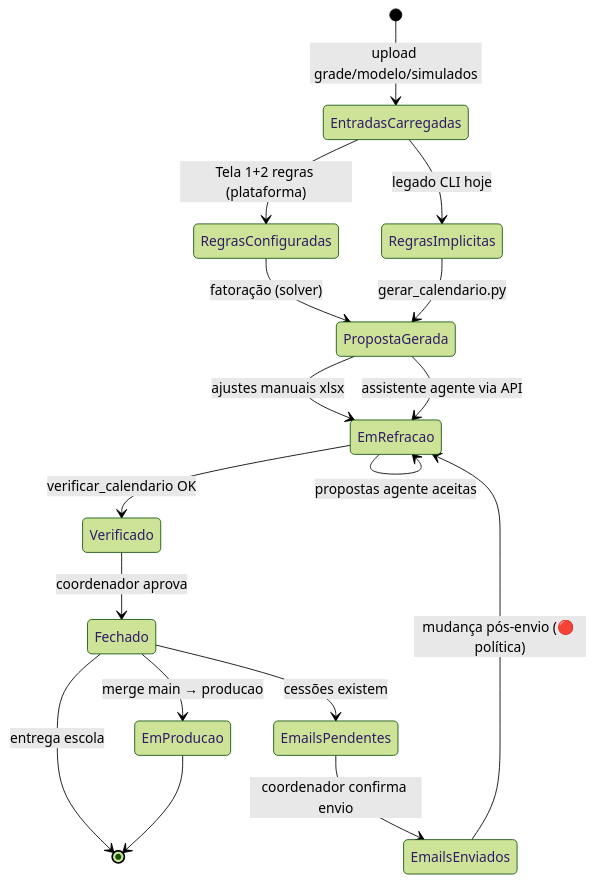
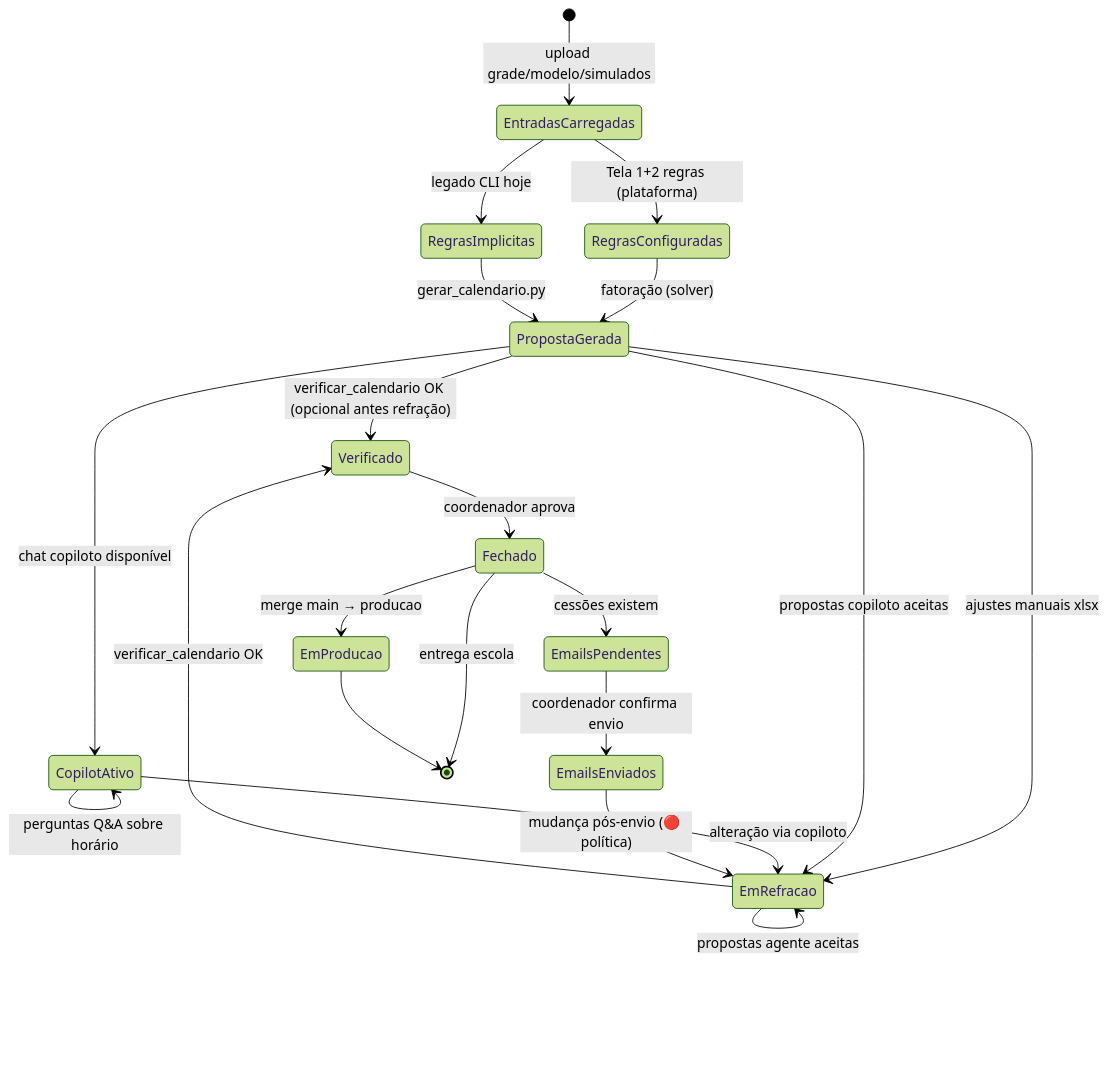
One commit to cbrener89052/calendarioprovas changed the first of 4 diagrams in _reversa_sdd/state-machines.md. Above: the diagram before and after it, drawn with Mermaid (forest theme). The commit also changed other lines of this file and 8 other files, not shown here.

````diff
--- a/_reversa_sdd/state-machines.md
+++ b/_reversa_sdd/state-machines.md
@@ -11,26 +11,30 @@
 ```mermaid
 stateDiagram-v2
     [*] --> EntradasCarregadas: upload grade/modelo/simulados
     
     EntradasCarregadas --> RegrasConfiguradas: Tela 1+2 regras (plataforma)
     EntradasCarregadas --> RegrasImplicitas: legado CLI hoje
     
     RegrasConfiguradas --> PropostaGerada: fatoração (solver)
     RegrasImplicitas --> PropostaGerada: gerar_calendario.py
     
+    PropostaGerada --> Verificado: verificar_calendario OK (opcional antes refração)
+    PropostaGerada --> CopilotAtivo: chat copiloto disponível
+    CopilotAtivo --> CopilotAtivo: perguntas Q&A sobre horário
     PropostaGerada --> EmRefracao: ajustes manuais xlsx
-    PropostaGerada --> EmRefracao: assistente agente via API
+    PropostaGerada --> EmRefracao: propostas copiloto aceitas
+    CopilotAtivo --> EmRefracao: alteração via copiloto
     EmRefracao --> EmRefracao: mais edições
     EmRefracao --> EmRefracao: propostas agente aceitas
     EmRefracao --> Verificado: verificar_calendario OK
     
     Verificado --> Fechado: coordenador aprova
     Fechado --> EmProducao: merge main → producao
     
     Fechado --> EmailsPendentes: cessões existem
     EmailsPendentes --> EmailsEnviados: coordenador confirma envio
     EmailsEnviados --> EmRefracao: mudança pós-envio (🔴 política)
     
     Fechado --> [*]: entrega escola
     EmProducao --> [*]
 ```
````
